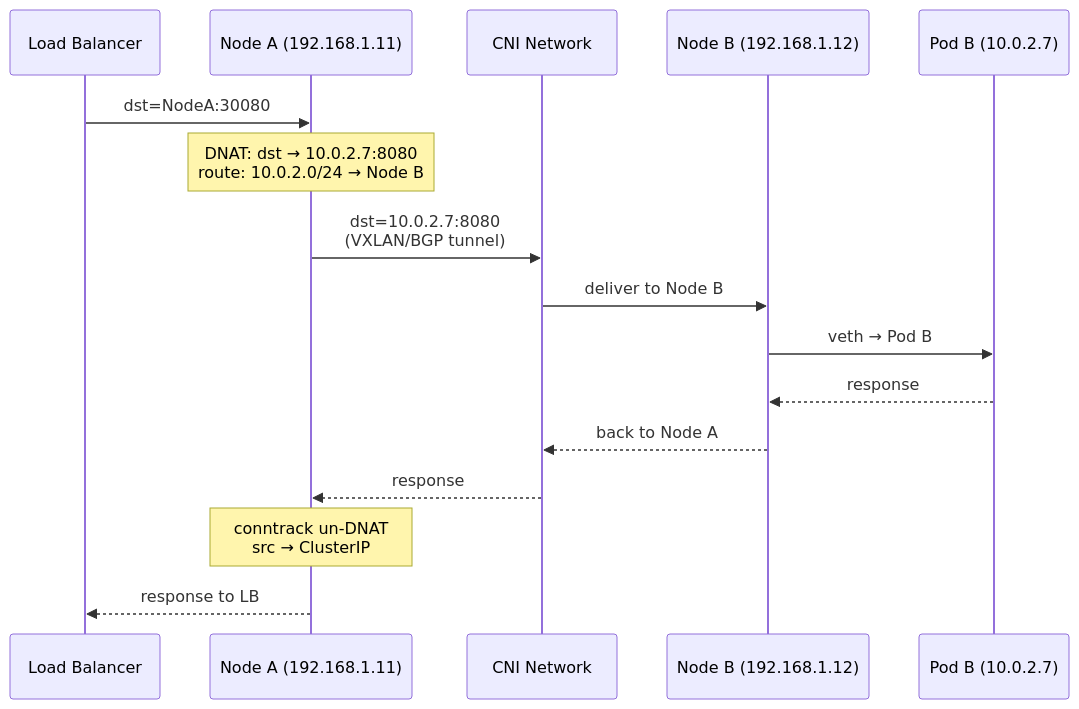
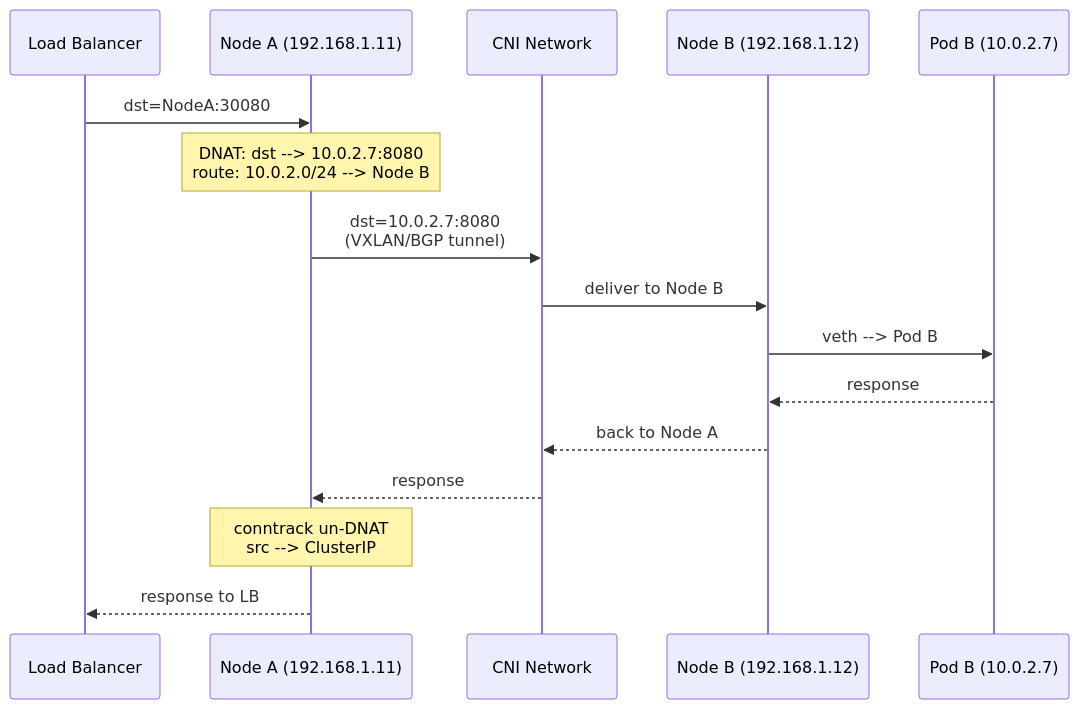
Before and after one commit to deepanshu-rawat6/tour-of-go: the fifth of 23 diagrams in devops/kubernetes/networking.md, drawn with Mermaid. The commit also changed other lines of this file and 25 other files, not shown here.

````diff
--- a/devops/kubernetes/networking.md
+++ b/devops/kubernetes/networking.md
@@ -188,19 +188,19 @@
 ```mermaid
 sequenceDiagram
     participant LB as Load Balancer
     participant NA as Node A (192.168.1.11)
     participant CNI as CNI Network
     participant NB as Node B (192.168.1.12)
     participant PB as Pod B (10.0.2.7)
 
     LB->>NA: dst=NodeA:30080
-    Note over NA: DNAT: dst → 10.0.2.7:8080<br/>route: 10.0.2.0/24 → Node B
+    Note over NA: DNAT: dst --> 10.0.2.7:8080<br/>route: 10.0.2.0/24 --> Node B
     NA->>CNI: dst=10.0.2.7:8080<br/>(VXLAN/BGP tunnel)
     CNI->>NB: deliver to Node B
-    NB->>PB: veth → Pod B
+    NB->>PB: veth --> Pod B
     PB-->>NB: response
     NB-->>CNI: back to Node A
     CNI-->>NA: response
-    Note over NA: conntrack un-DNAT<br/>src → ClusterIP
+    Note over NA: conntrack un-DNAT<br/>src --> ClusterIP
     NA-->>LB: response to LB
 ```
````
